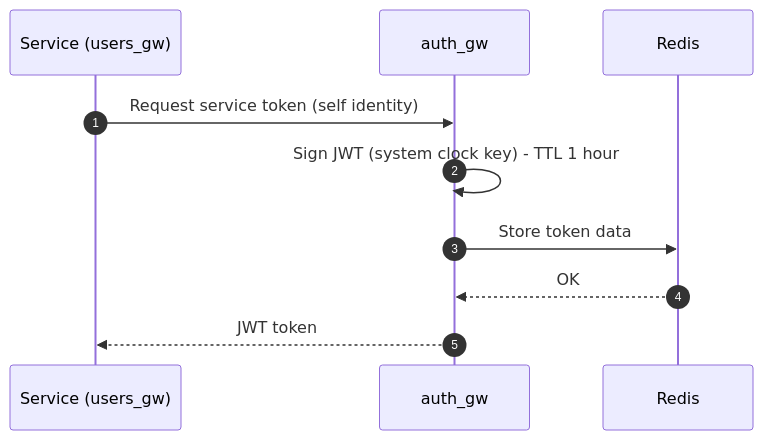
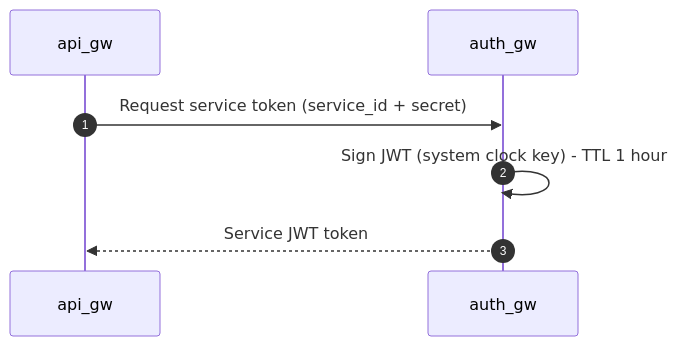
The fourth of 5 diagrams in designs/diagrams.md (yirez/go-gw-test), drawn with Mermaid before and after one commit. The commit also changed other lines of this file and 7 other files, not shown here.

````diff
--- a/designs/diagrams.md
+++ b/designs/diagrams.md
@@ -63,13 +65,10 @@
 ```mermaid
 sequenceDiagram
   autonumber
-  participant S as Service (users_gw)
+  participant G as api_gw
   participant A as auth_gw
-  participant R as Redis
 
-  S->>A: Request service token (self identity)
+  G->>A: Request service token (service_id + secret)
   A->>A: Sign JWT (system clock key) - TTL 1 hour
-  A->>R: Store token data
-  R-->>A: OK
-  A-->>S: JWT token
+  A-->>G: Service JWT token
 ```
````
